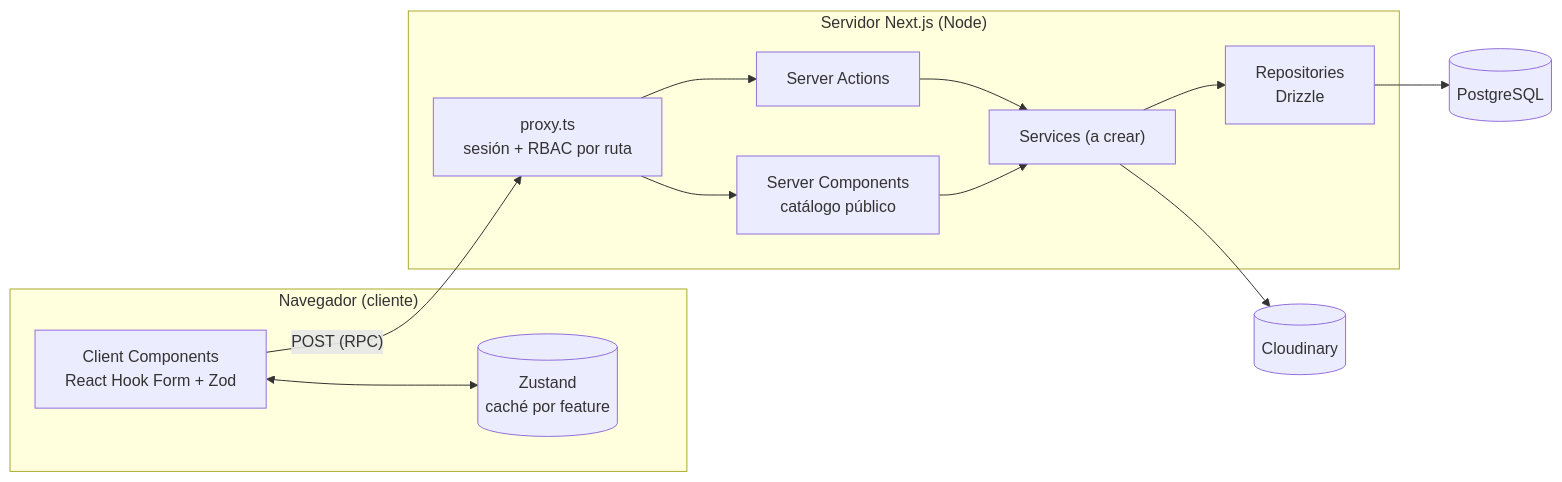
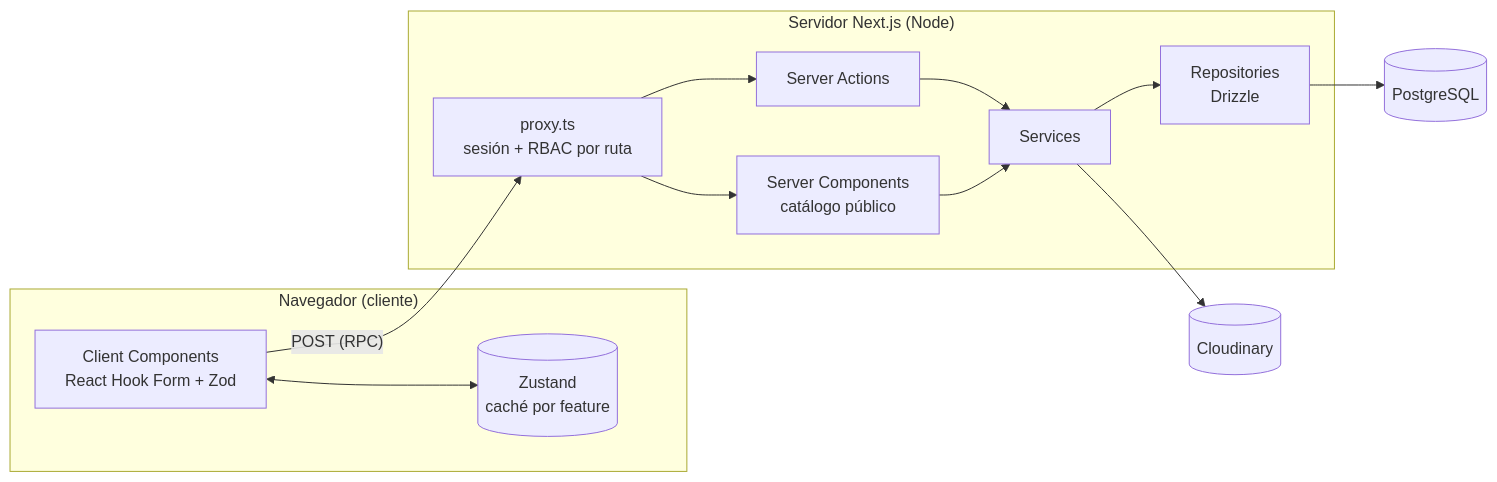
The first of 2 diagrams in docs/architecture.md (empanaderiaisabela-git/gestor-empanaderia), drawn with Mermaid before and after one commit. The commit also changed other lines of this file and 6 other files, not shown here.

````diff
--- a/docs/architecture.md
+++ b/docs/architecture.md
@@ -37,25 +37,25 @@
 ```mermaid
 flowchart LR
   subgraph NAV["Navegador (cliente)"]
     UI["Client Components<br/>React Hook Form + Zod"]
     ST[("Zustand<br/>caché por feature")]
   end
   subgraph SRV["Servidor Next.js (Node)"]
     PX["proxy.ts<br/>sesión + RBAC por ruta"]
     RSC["Server Components<br/>catálogo público"]
     SA["Server Actions"]
-    SV["Services (a crear)"]
+    SV["Services"]
     RP["Repositories<br/>Drizzle"]
   end
   PG[("PostgreSQL")]
   CL[("Cloudinary")]
   UI <--> ST
   UI -- "POST (RPC)" --> PX
   PX --> SA
   PX --> RSC
   SA --> SV
   RSC --> SV
   SV --> RP
   RP --> PG
   SV --> CL
 ```
````
